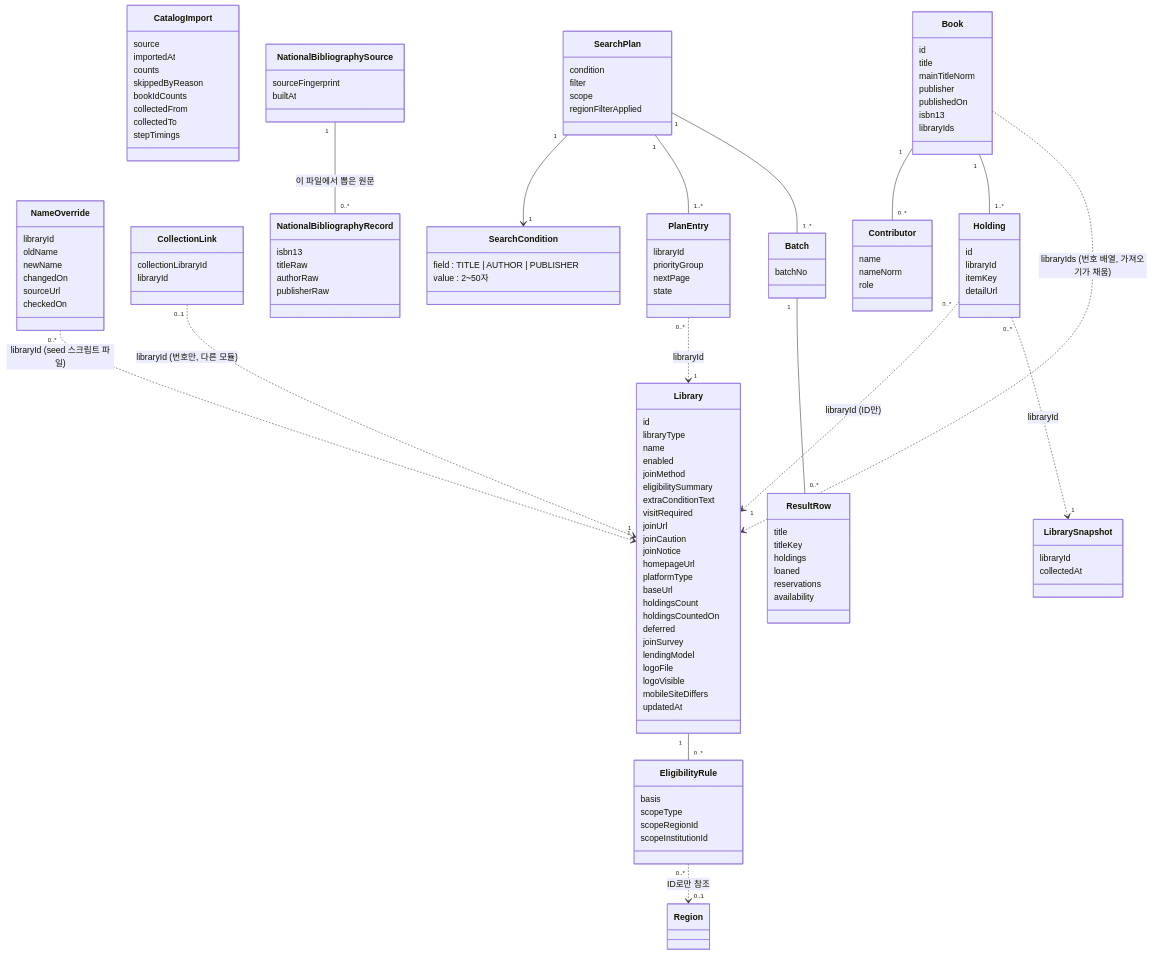
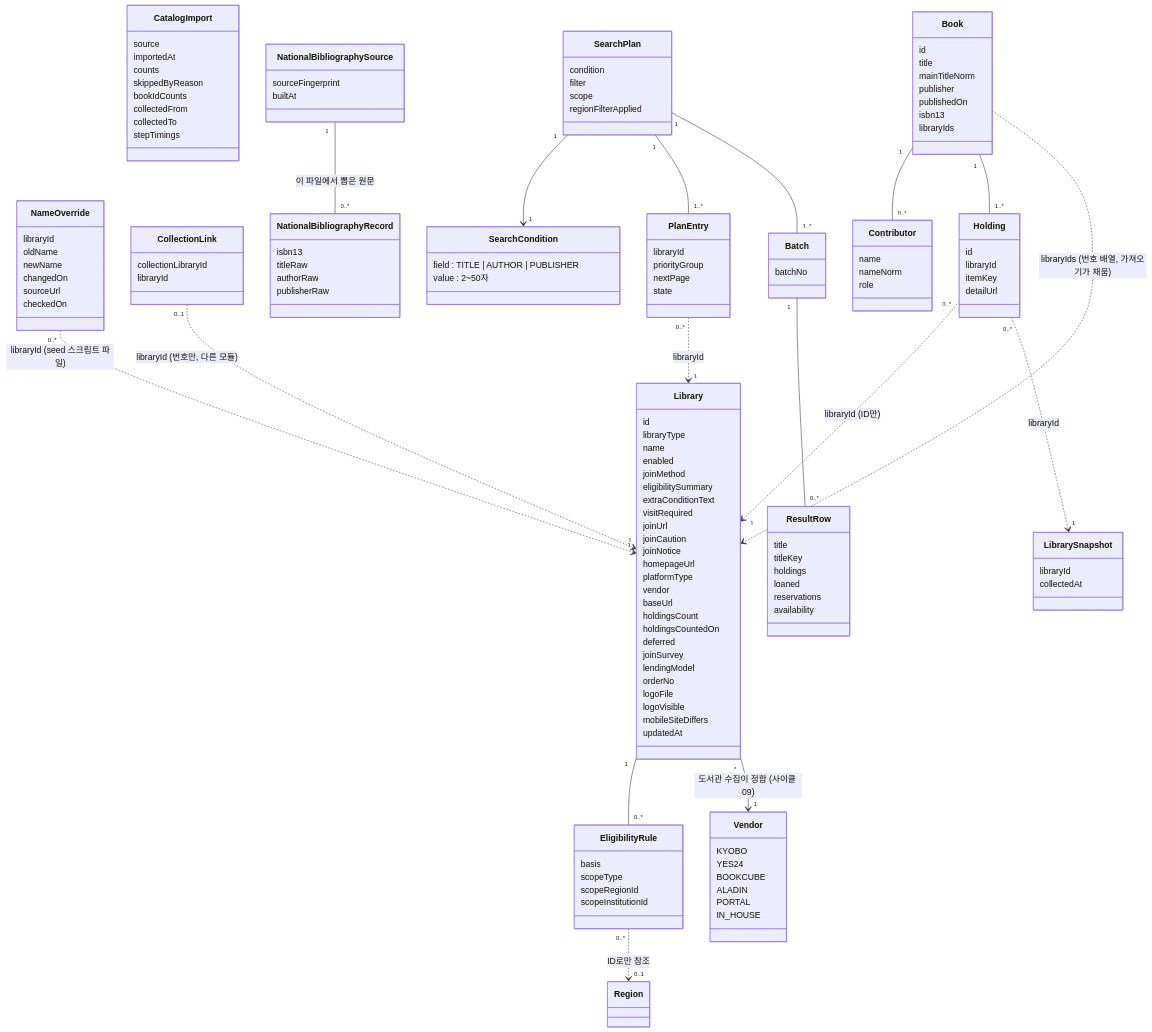
The second of 4 diagrams in docs/current/module-map.md (hodu-sketch/chaekcheck-plan), drawn with Mermaid before and after one commit. The commit also changed other lines of this file and 29 other files, not shown here.

````diff
--- a/docs/current/module-map.md
+++ b/docs/current/module-map.md
@@ -114,16 +124,26 @@
     joinNotice
     homepageUrl
     platformType
+    vendor
     baseUrl
     holdingsCount
     holdingsCountedOn
     deferred
     joinSurvey
     lendingModel
+    orderNo
     logoFile
     logoVisible
     mobileSiteDiffers
     updatedAt
+  }
+  class Vendor {
+    KYOBO
+    YES24
+    BOOKCUBE
+    ALADIN
+    PORTAL
+    IN_HOUSE
   }
   class NameOverride {
     libraryId
@@ -228,5 +248,6 @@
   CollectionLink "0..1" ..> "1" Library : libraryId (번호만, 다른 모듈)
   Book ..> Library : libraryIds (번호 배열, 가져오기가 채움)
   NameOverride "0..*" ..> "1" Library : libraryId (seed 스크립트 파일)
+  Library "*" --> "1" Vendor : 도서관 수집이 정함 (사이클 09)
   NationalBibliographySource "1" -- "0..*" NationalBibliographyRecord : 이 파일에서 뽑은 원문
 ```
````
